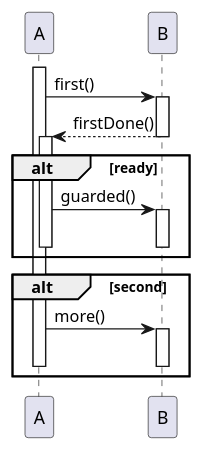
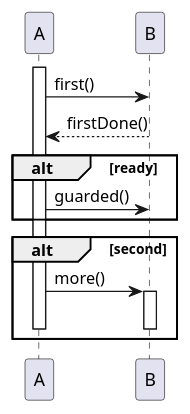
Before and after one commit to SuperPyonchiX/NextDesign_Script: the diagram in SequenceImportProbe/samples/structure-frameadd-after.puml, drawn with PlantUML. The commit also changed 7 other files, not shown here.

First line of the commit message:
test: guard sample validity and append a frame the way PlantUML allows

```diff
--- a/SequenceImportProbe/samples/structure-frameadd-after.puml
+++ b/SequenceImportProbe/samples/structure-frameadd-after.puml
@@ -1,24 +1,16 @@
 @startuml
 participant A
 participant B
-activate A
 A -> B : first()
-activate B
 B --> A : firstDone()
-deactivate B
 alt ready
-activate A
 A -> B : guarded()
-activate B
-deactivate B
-deactivate A
 end
 alt second
 activate A
 A -> B : more()
 activate B
 deactivate B
 deactivate A
 end
-deactivate A
 @enduml
```
